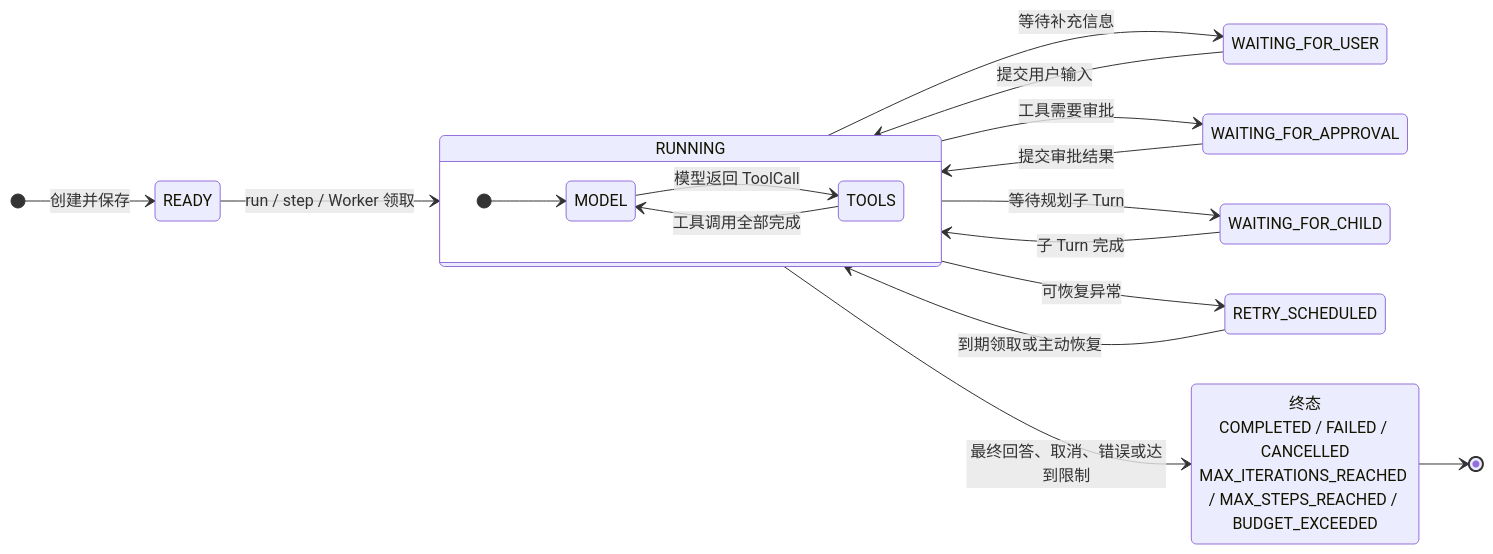
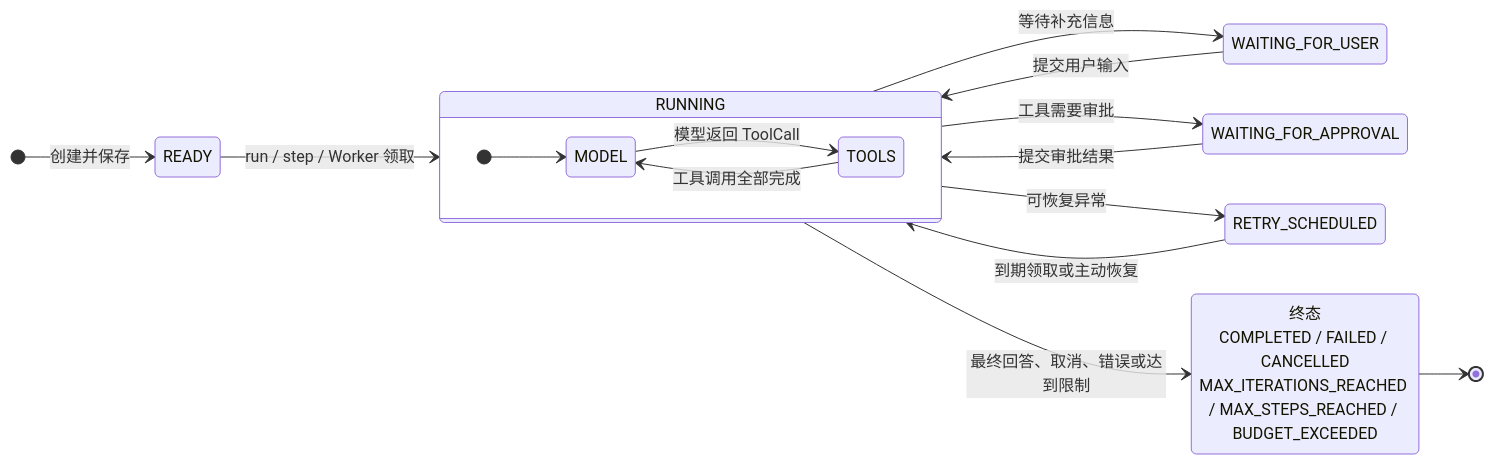
Before and after one commit to agents-flex/agents-flex: the second of 2 diagrams in docs/zh/agent/architecture.md, drawn with Mermaid. The commit also changed other lines of this file and 76 other files, not shown here.

````diff
--- a/docs/zh/agent/architecture.md
+++ b/docs/zh/agent/architecture.md
@@ -77,28 +77,26 @@
 ```mermaid
 stateDiagram-v2
     direction LR
 
     [*] --> READY: 创建并保存
     READY --> RUNNING: run / step / Worker 领取
 
     state RUNNING {
         direction LR
         [*] --> MODEL
         MODEL --> TOOLS: 模型返回 ToolCall
         TOOLS --> MODEL: 工具调用全部完成
     }
 
     RUNNING --> WAITING_FOR_USER: 等待补充信息
     RUNNING --> WAITING_FOR_APPROVAL: 工具需要审批
-    RUNNING --> WAITING_FOR_CHILD: 等待规划子 Turn
     RUNNING --> RETRY_SCHEDULED: 可恢复异常
 
     WAITING_FOR_USER --> RUNNING: 提交用户输入
     WAITING_FOR_APPROVAL --> RUNNING: 提交审批结果
-    WAITING_FOR_CHILD --> RUNNING: 子 Turn 完成
     RETRY_SCHEDULED --> RUNNING: 到期领取或主动恢复
 
     state "终态<br/>COMPLETED / FAILED / CANCELLED<br/>MAX_ITERATIONS_REACHED / MAX_STEPS_REACHED / BUDGET_EXCEEDED" as TERMINAL
     RUNNING --> TERMINAL: 最终回答、取消、错误或达到限制
     TERMINAL --> [*]
 ```
````
